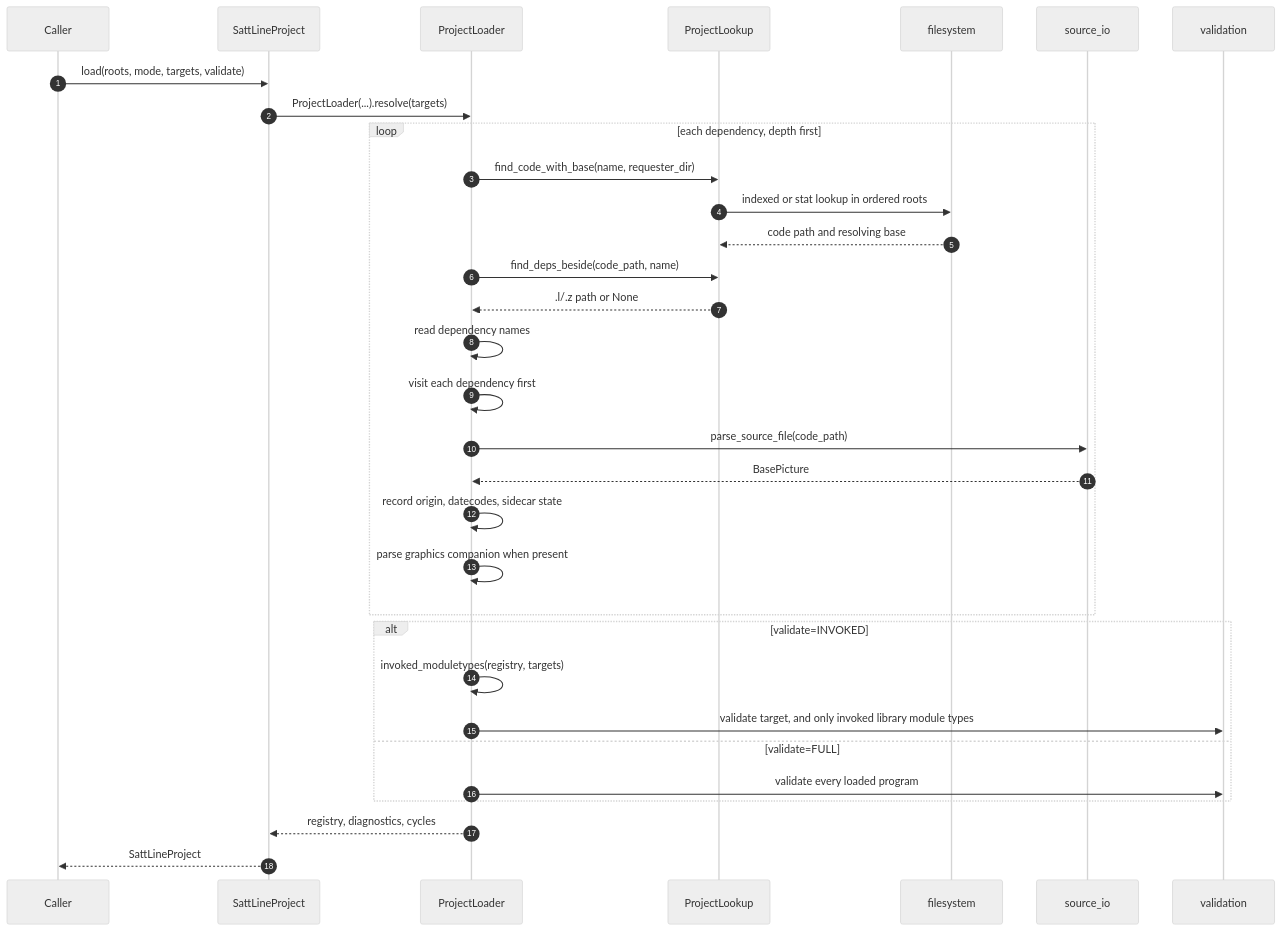
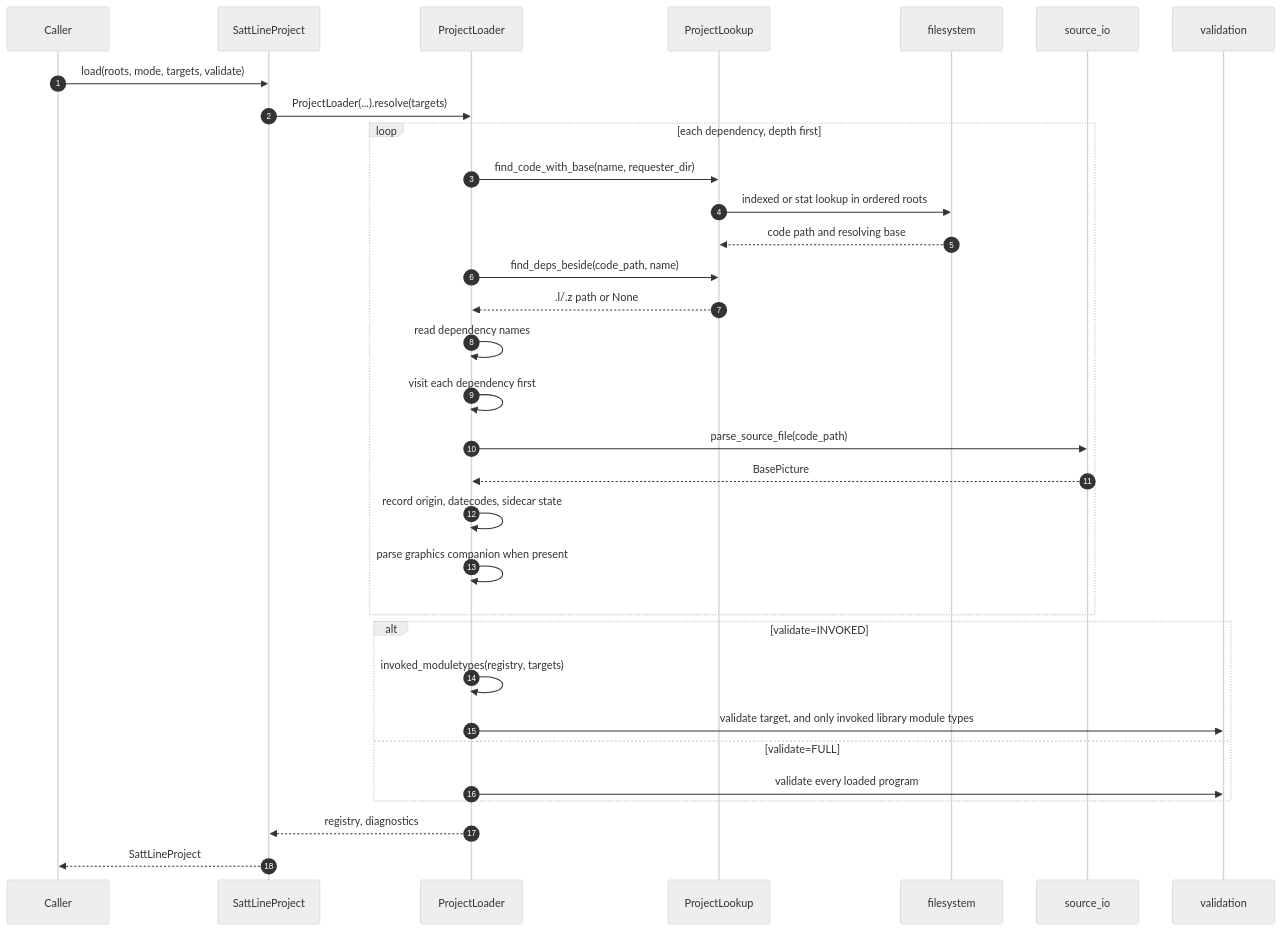
One commit to SorenHJohansen/sattline-parser changed the third of 4 diagrams in docs/architecture.md. Above: the diagram before and after it, drawn with Mermaid (neutral theme). The commit also changed 14 other files, not shown here.

````diff
--- a/docs/architecture.md
+++ b/docs/architecture.md
@@ -178,35 +178,35 @@
 ```mermaid
 sequenceDiagram
     autonumber
     participant Caller
     participant P as SattLineProject
     participant L as ProjectLoader
     participant D as ProjectLookup
     participant FS as filesystem
     participant S as source_io
     participant V as validation
 
     Caller->>P: load(roots, mode, targets, validate)
     P->>L: ProjectLoader(...).resolve(targets)
     loop each dependency, depth first
         L->>D: find_code_with_base(name, requester_dir)
         D->>FS: indexed or stat lookup in ordered roots
         FS-->>D: code path and resolving base
         L->>D: find_deps_beside(code_path, name)
         D-->>L: .l/.z path or None
         L->>L: read dependency names
         L->>L: visit each dependency first
         L->>S: parse_source_file(code_path)
         S-->>L: BasePicture
         L->>L: record origin, datecodes, sidecar state
         L->>L: parse graphics companion when present
     end
     alt validate=INVOKED
         L->>L: invoked_moduletypes(registry, targets)
         L->>V: validate target, and only invoked library module types
     else validate=FULL
         L->>V: validate every loaded program
     end
-    L-->>P: registry, diagnostics, cycles
+    L-->>P: registry, diagnostics
     P-->>Caller: SattLineProject
 ```
````
